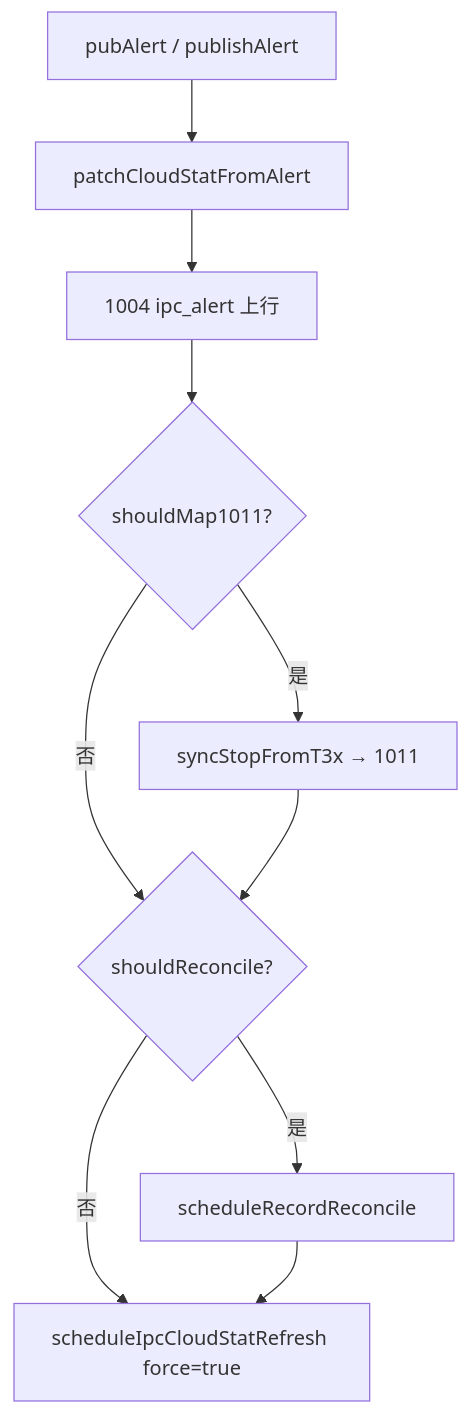
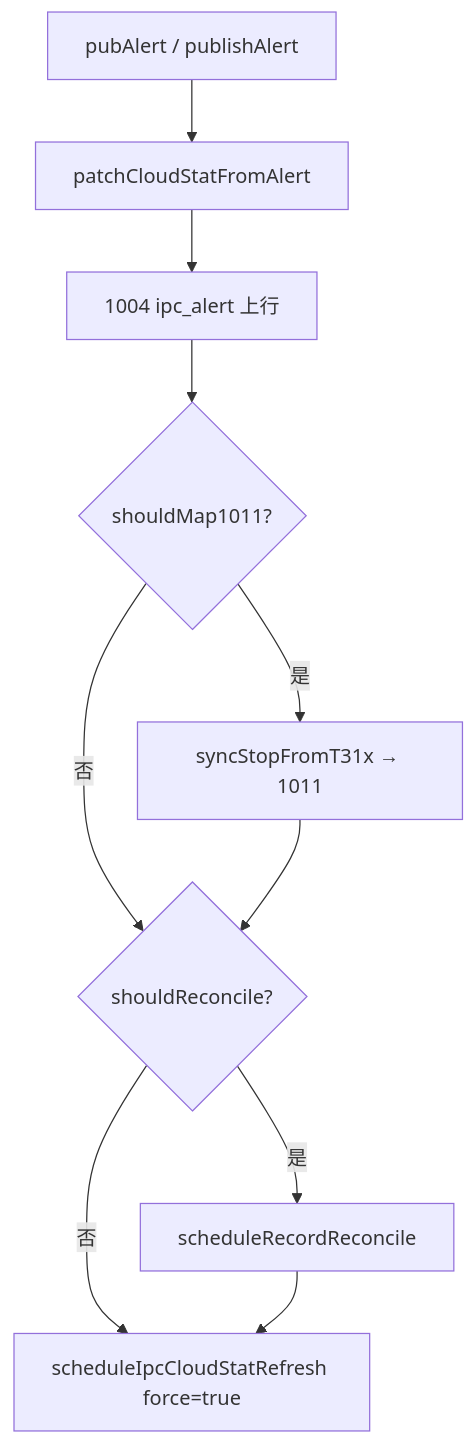
Before and after one commit to dzr1986/AIR780EHM: the diagram in doc/modules/IPC_SUPERVISION_FLOW.md, drawn with Mermaid. The commit also changed other lines of this file and 402 other files, not shown here.

````diff
--- a/doc/modules/IPC_SUPERVISION_FLOW.md
+++ b/doc/modules/IPC_SUPERVISION_FLOW.md
@@ -23,12 +23,12 @@
 ```mermaid
 flowchart TD
     A[pubAlert / publishAlert] --> P[patchCloudStatFromAlert]
     P --> U[1004 ipc_alert 上行]
     U --> M{shouldMap1011?}
-    M -->|是| S[syncStopFromT3x → 1011]
+    M -->|是| S[syncStopFromT31x → 1011]
     M -->|否| R{shouldReconcile?}
     S --> R
     R -->|是| REC[scheduleRecordReconcile]
     R -->|否| F
     REC --> F[scheduleIpcCloudStatRefresh force=true]
 ```
````
